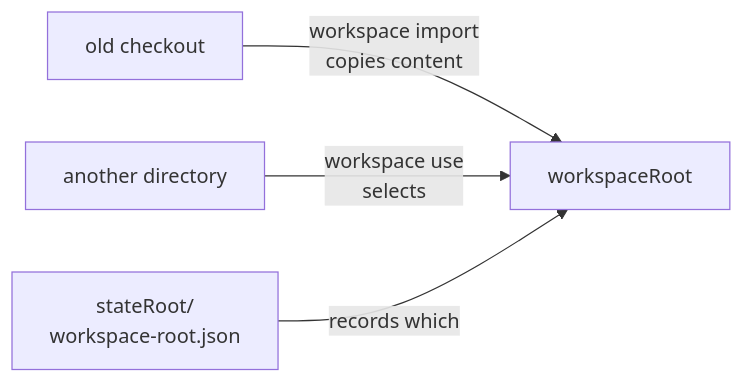
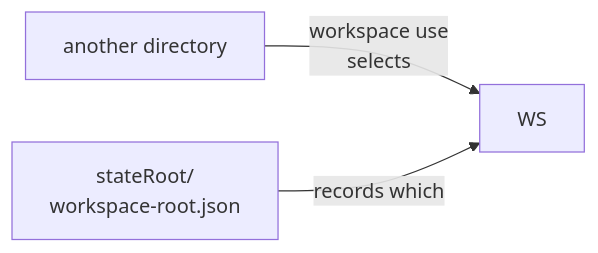
The fifth of 5 diagrams in docs/internal/root-domains.md (kirinmurphy/roborepo-alpha), drawn with Mermaid before and after one commit. The commit also changed other lines of this file and 269 other files, not shown here.

````diff
--- a/docs/internal/root-domains.md
+++ b/docs/internal/root-domains.md
@@ -201,6 +190,5 @@
 ```mermaid
 flowchart LR
-  OLD["old checkout"] -->|"workspace import<br/>copies content"| WS["workspaceRoot"]
   DIR["another directory"] -->|"workspace use<br/>selects"| WS
   PTR["stateRoot/<br/>workspace-root.json"] -->|"records which"| WS
 ```
````
